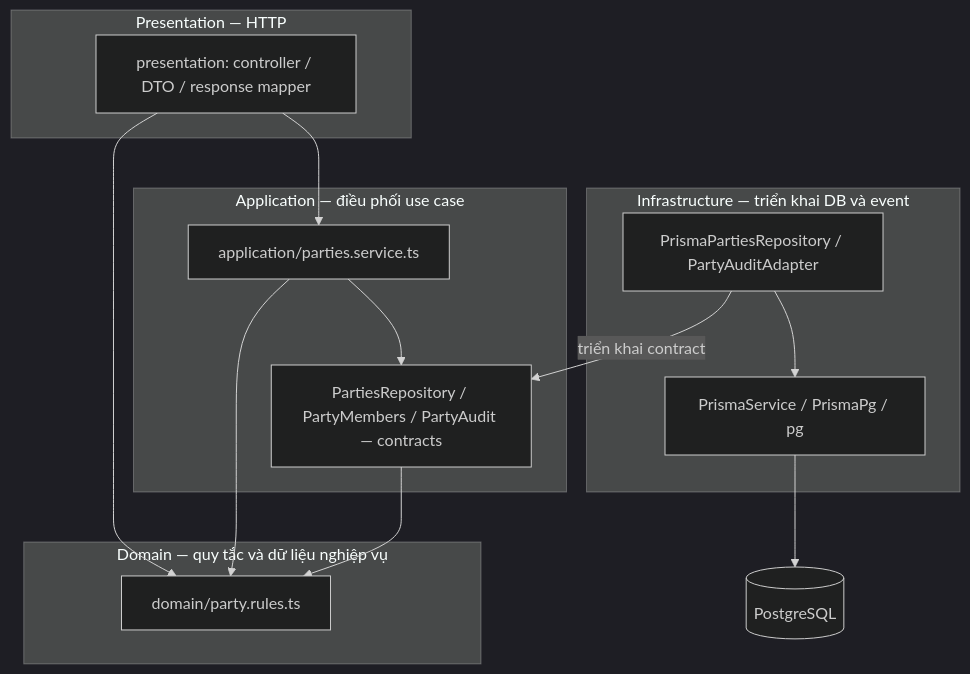
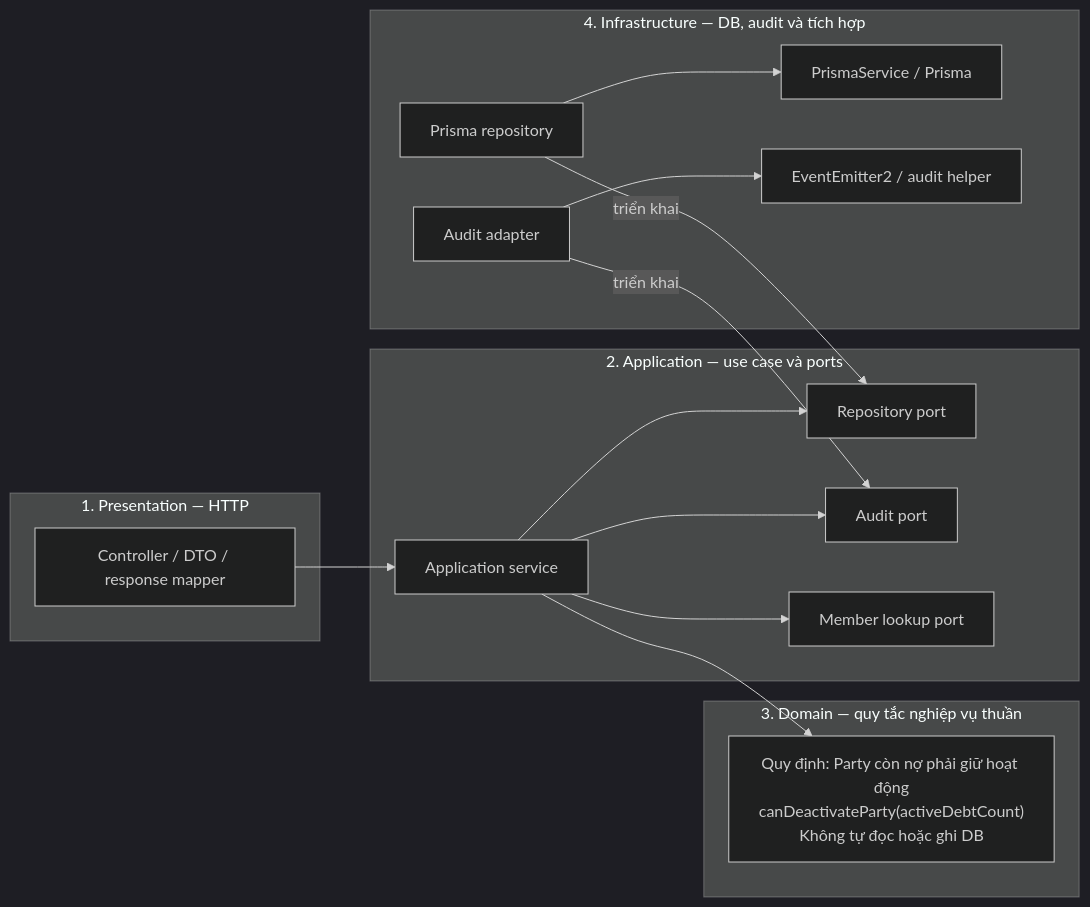
One commit to PhuongT1/debtflow-api changed the first of 2 diagrams in docs/getting-started/architecture/clean-architecture.md. Above: the diagram before and after it, drawn with Mermaid (dark theme). The commit also changed other lines of this file and 3 other files, not shown here.

Commit message:
docs(architecture): clarify layers and API request interactions

````diff
--- a/docs/getting-started/architecture/clean-architecture.md
+++ b/docs/getting-started/architecture/clean-architecture.md
@@ -67,25 +290,30 @@
 ```mermaid
-flowchart TB
-  subgraph Presentation["Presentation — HTTP"]
-    C["presentation: controller / DTO / response mapper"]
+flowchart LR
+  subgraph Presentation["1. Presentation — HTTP"]
+    C["Controller / DTO / response mapper"]
   end
-  subgraph Application["Application — điều phối use case"]
-    S["application/parties.service.ts"]
-    P["PartiesRepository / PartyMembers / PartyAudit — contracts"]
+  subgraph Application["2. Application — use case và ports"]
+    S["Application service"]
+    RP["Repository port"]
+    AP["Audit port"]
+    MP["Member lookup port"]
+    S --> RP
+    S --> AP
+    S --> MP
   end
-  subgraph Domain["Domain — quy tắc và dữ liệu nghiệp vụ"]
-    D["domain/party.rules.ts"]
+  subgraph Domain["3. Domain — quy tắc nghiệp vụ thuần"]
+    D["Quy định: Party còn nợ phải giữ hoạt động<br/>canDeactivateParty(activeDebtCount)<br/>Không tự đọc hoặc ghi DB"]
   end
-  subgraph Infrastructure["Infrastructure — triển khai DB và event"]
-    R["PrismaPartiesRepository / PartyAuditAdapter"]
-    DBCLIENT["PrismaService / PrismaPg / pg"]
+  subgraph Infrastructure["4. Infrastructure — DB, audit và tích hợp"]
+    R["Prisma repository"]
+    A["Audit adapter"]
+    P["PrismaService / Prisma"]
+    E["EventEmitter2 / audit helper"]
+    R --> P
+    A --> E
   end
   C --> S
-  C --> D
-  S --> P
   S --> D
-  P --> D
-  R -->|triển khai contract| P
-  R --> DBCLIENT
-  DBCLIENT --> DB[(PostgreSQL)]
+  R -->|triển khai| RP
+  A -->|triển khai| AP
 ```
````
